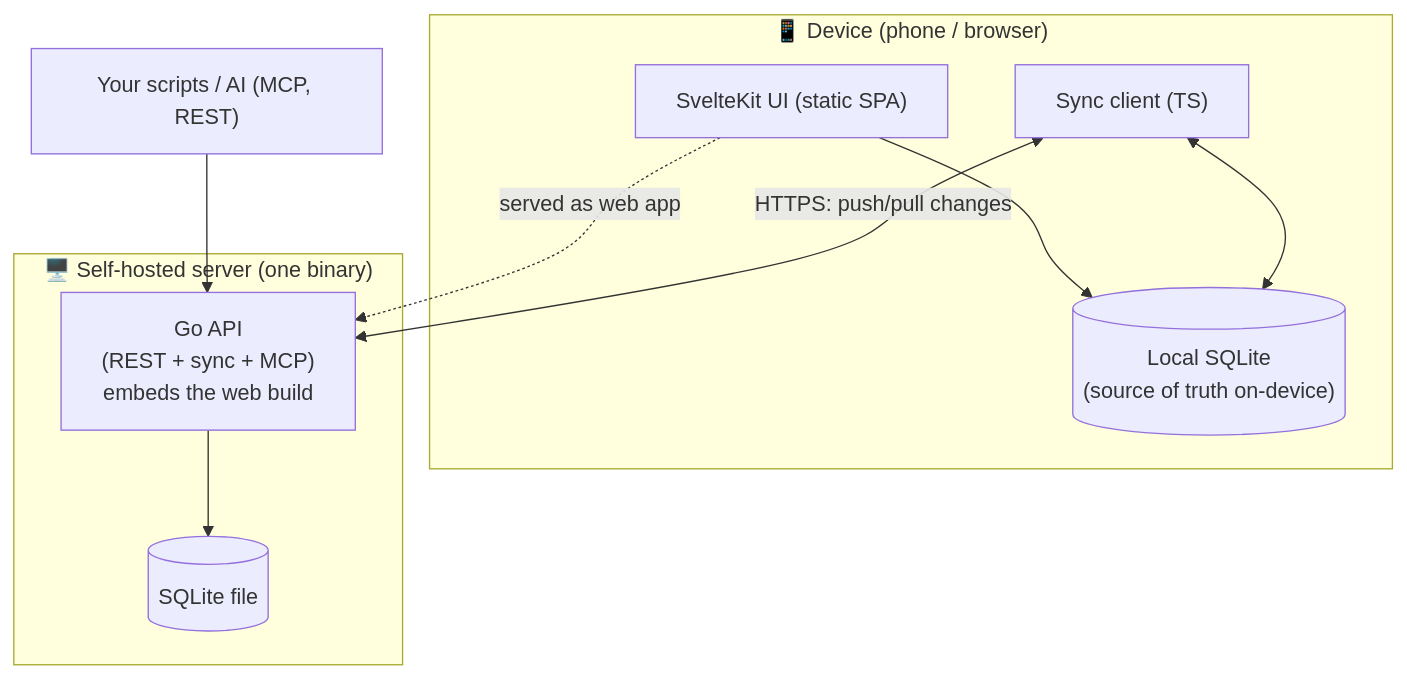
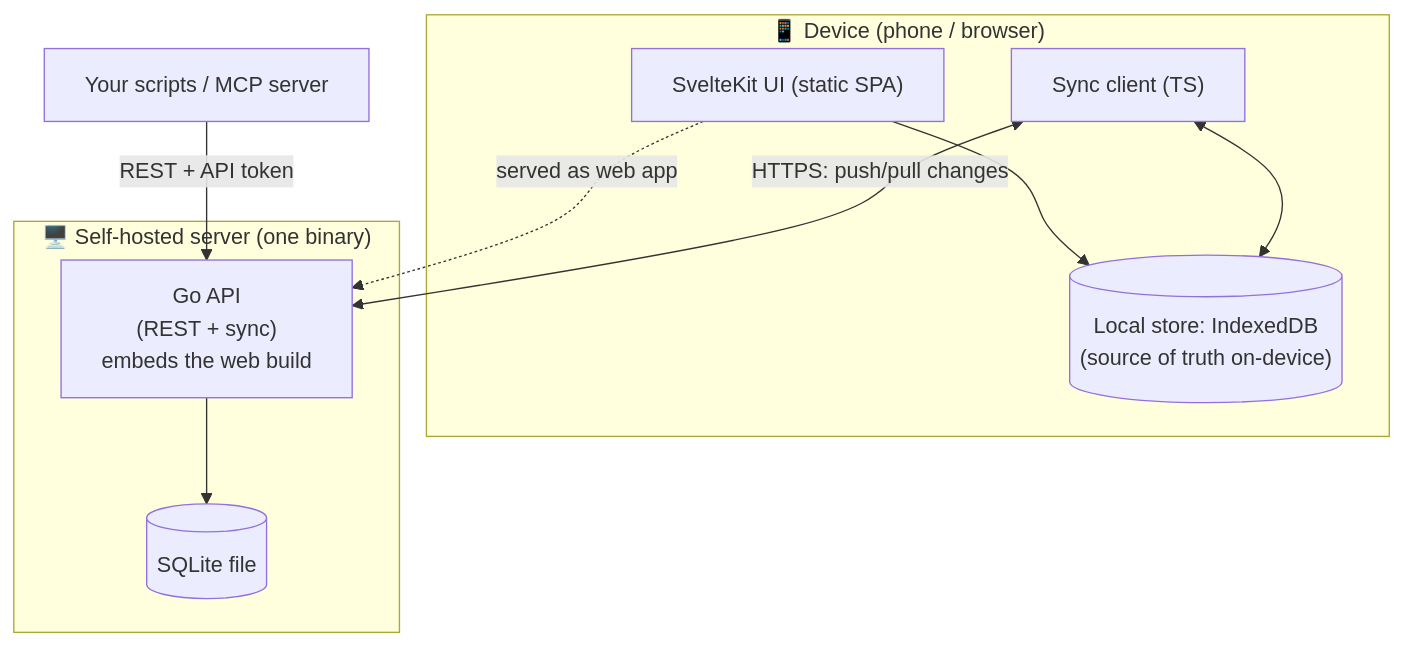
Before and after one commit to MorrisMorrison/granite: the diagram in docs/technical/architecture.md, drawn with Mermaid. The commit also changed other lines of this file and 11 other files, not shown here.

````diff
--- a/docs/technical/architecture.md
+++ b/docs/technical/architecture.md
@@ -5,20 +5,20 @@
 ```mermaid
 graph TB
     subgraph Device["📱 Device (phone / browser)"]
         UI["SvelteKit UI (static SPA)"]
-        LDB[("Local SQLite\n(source of truth on-device)")]
+        LDB[("Local store: IndexedDB\n(source of truth on-device)")]
         SYNC["Sync client (TS)"]
         UI --> LDB
         SYNC <--> LDB
     end
 
     subgraph Server["🖥️ Self-hosted server (one binary)"]
-        API["Go API\n(REST + sync + MCP)\nembeds the web build"]
+        API["Go API\n(REST + sync)\nembeds the web build"]
         SDB[("SQLite file")]
         API --> SDB
     end
 
     UI -. "served as web app" .-> API
     SYNC <-->|"HTTPS: push/pull changes"| API
-    EXT["Your scripts / AI (MCP, REST)"] --> API
+    EXT["Your scripts / MCP server"] -->|"REST + API token"| API
 ```
````
